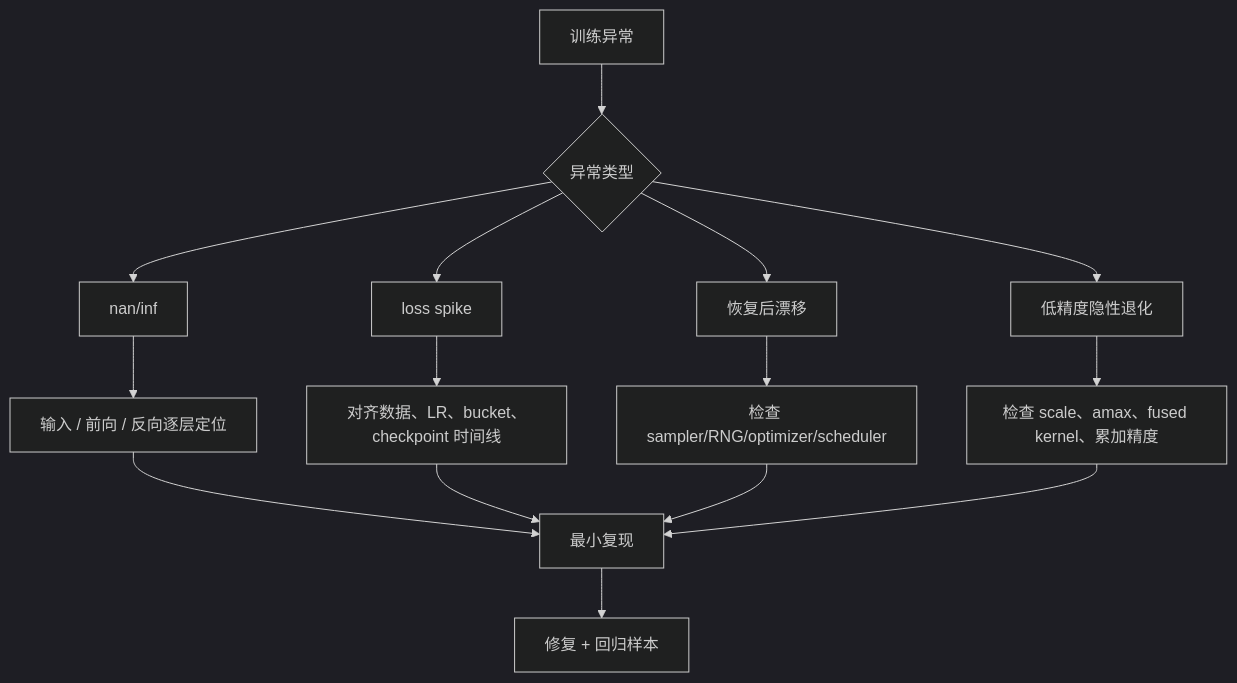
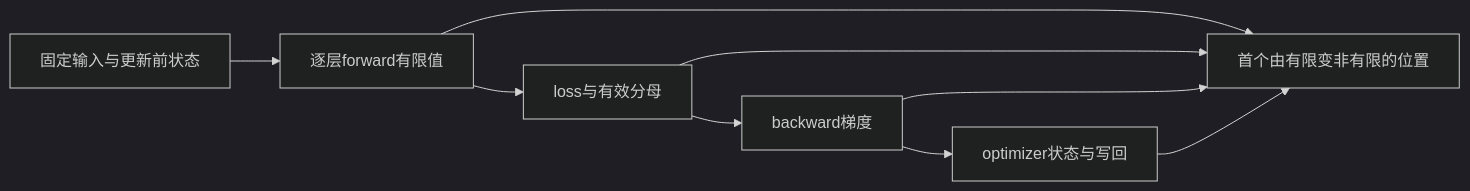
Before and after one commit to Charles2530/Charles-AI-notes: the diagram in files/training/stability-numerics-and-failure-triage.md, drawn with Mermaid (dark theme). The commit also changed other lines of this file and 954 other files, not shown here.

````diff
--- a/files/training/stability-numerics-and-failure-triage.md
+++ b/files/training/stability-numerics-and-failure-triage.md
@@ -94,17 +31,8 @@
 ```mermaid
-flowchart TD
-    A["训练异常"] --> B{"异常类型"}
-    B --> C["nan/inf"]
-    B --> D["loss spike"]
-    B --> E["恢复后漂移"]
-    B --> F["低精度隐性退化"]
-    C --> G["输入 / 前向 / 反向逐层定位"]
-    D --> H["对齐数据、LR、bucket、checkpoint 时间线"]
-    E --> I["检查 sampler/RNG/optimizer/scheduler"]
-    F --> J["检查 scale、amax、fused kernel、累加精度"]
-    G --> K["最小复现"]
-    H --> K
-    I --> K
-    J --> K
-    K --> L["修复 + 回归样本"]
+flowchart LR
+  I["固定输入与更新前状态"] --> F["逐层forward有限值"] --> L["loss与有效分母"] --> B["backward梯度"] --> O["optimizer状态与写回"]
+  F --> E["首个由有限变非有限的位置"]
+  L --> E
+  B --> E
+  O --> E
 ```
````
